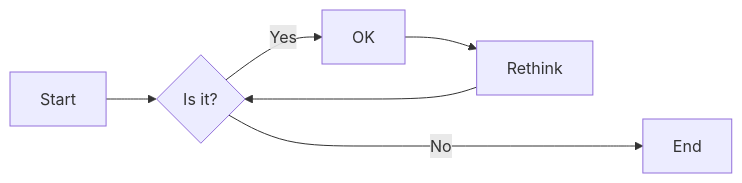
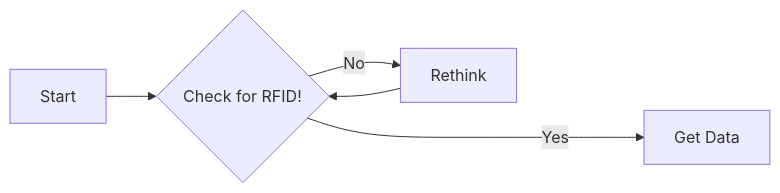
The diagram in Readme.md (Kuriyy/Smart-Lock), drawn with Mermaid before and after one commit.

````diff
--- a/Readme.md
+++ b/Readme.md
@@ -164,8 +164,7 @@
 ```mermaid
 graph LR;
-    A[Start] --> B{Is it?}
-    B -->|Yes| C[OK]
-    C --> D[Rethink]
+    A[Start] --> B{Check for RFID!}
+    B -->|No| D[Rethink]
     D --> B
-    B ---->|No| E[End]
+    B ---->|Yes| E[Get Data]
 ```
````
